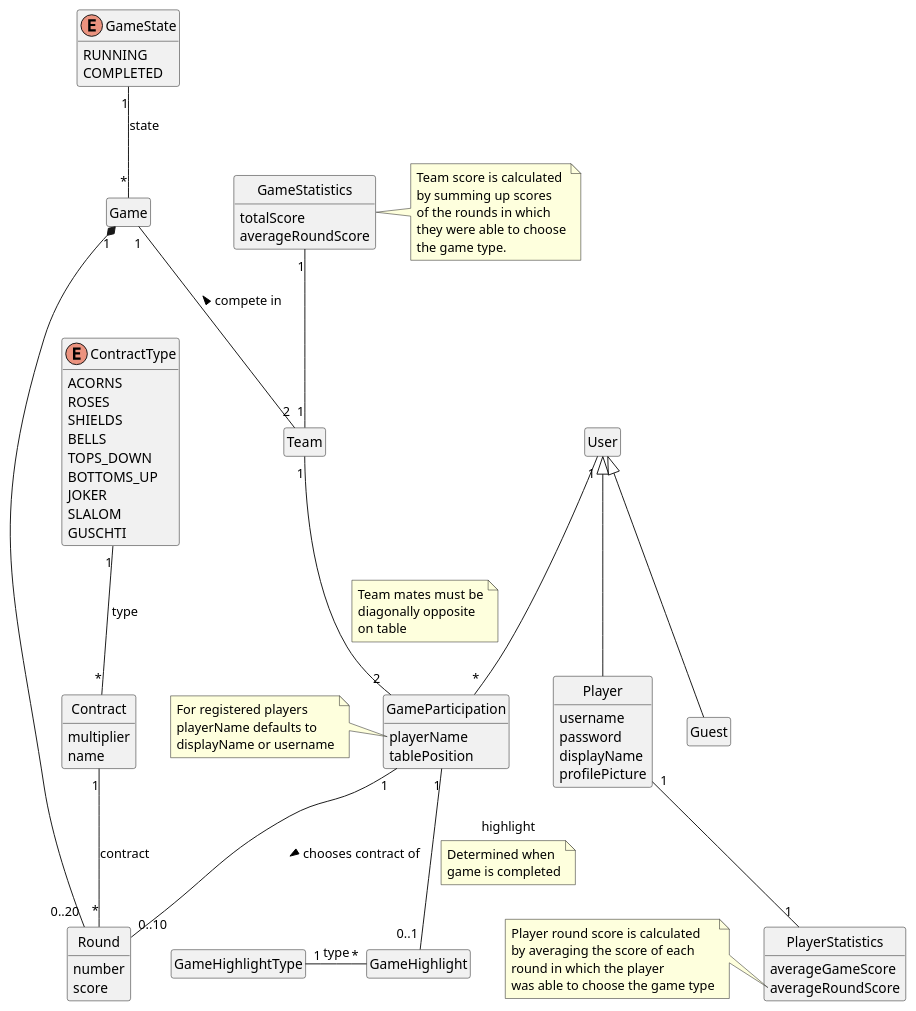
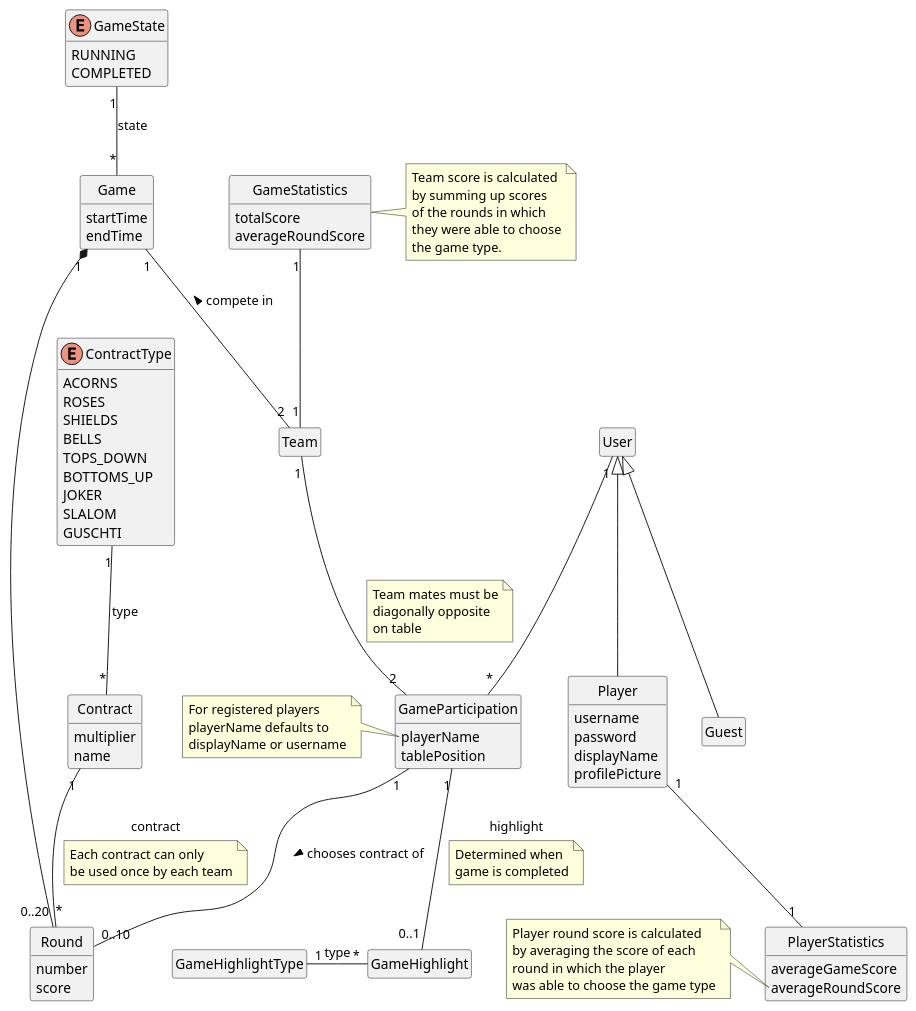
Before and after one commit to PascalHonegger/JassTracker: the diagram in Documentation/src/resources/domain-model.puml, drawn with PlantUML. The commit also changed 1 other file, not shown here.

Commit message:
feat(domain model): add game start and end time

```diff
--- a/Documentation/src/resources/domain-model.puml
+++ b/Documentation/src/resources/domain-model.puml
@@ -1,120 +1,126 @@
 @startuml domain model
 
 hide class circle
 hide empty methods
 hide empty fields
 
 class User {
 }
 
 class Game {
+    startTime
+    endTime
 }
 
 class GameStatistics {
     totalScore
     averageRoundScore
 }
 
 note right
     Team score is calculated
     by summing up scores
     of the rounds in which
     they were able to choose
     the game type.
 end note
 
 class Player {
     username
     password
     displayName
     profilePicture
 }
 
 class PlayerStatistics {
     averageGameScore
     averageRoundScore
 }
 
 note left of PlayerStatistics::averageRoundScore
     Player round score is calculated
     by averaging the score of each
     round in which the player
     was able to choose the game type
 end note
 
 class GameParticipation {
     playerName
     tablePosition
 }
 
 note left of GameParticipation::playerName
     For registered players
     playerName defaults to
     displayName or username
 end note
 
 class Round {
     number
     score
 }
 
 class Contract {
     multiplier
     name
 }
 
 class Team {
 }
 
 class GameHighlight {
 }
 
 class GameHighlightType {
 }
 
 enum GameState {
     RUNNING
     COMPLETED
 }
 
 enum ContractType {
     ACORNS
     ROSES
     SHIELDS
     BELLS
     TOPS_DOWN
     BOTTOMS_UP
     JOKER
     SLALOM
     GUSCHTI
 }
 
 User <|-- Player
 User <|-- Guest
 User "1" -- "*" GameParticipation
 Team "1" -- "2" GameParticipation
 note on link
     Team mates must be
     diagonally opposite
     on table
 end note
 
 Game "1" --  "2" Team  : compete in <
 Game "1" *-- "0..20" Round
 GameState "1" -- "*" Game  : state
 Contract "1" -- "*" Round  : contract
+note on link
+    Each contract can only
+    be used once by each team
+end note
 ContractType "1" -- "*" Contract : type
 
 GameParticipation "1" -- "0..10" Round : chooses contract of >
 
 GameParticipation "1" -- "0..1" GameHighlight : highlight
 note on link
     Determined when
     game is completed
 end note
 GameHighlightType "1" --r "*" GameHighlight  : type
 
 Team "1" --u  "1" GameStatistics
 Player "1" -- "1"PlayerStatistics
 
 @enduml
```
